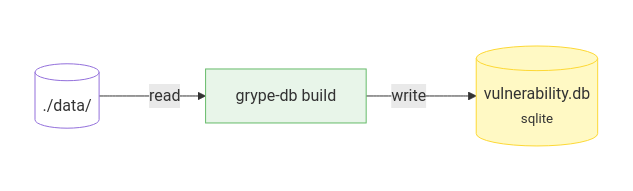
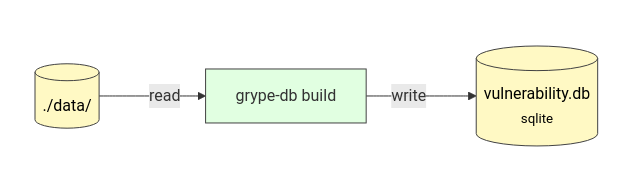
Before and after one commit to anchore-oss-update-bot/oss-docs: the fourth of 5 diagrams in content/docs/architecture/projects/vunnel.md, drawn with Mermaid. The commit also changed other lines of this file and 1 other file, not shown here.

Commit message:
improve vunnel and overview diagrams

````diff
--- a/content/docs/architecture/projects/vunnel.md
+++ b/content/docs/architecture/projects/vunnel.md
@@ -168,23 +179,25 @@
 ```mermaid
 flowchart LR
     subgraph data[ ]
         data_in[(./data/)]
     end
 
     build[grype-db build]
 
     subgraph db_out[ ]
         db[(vulnerability.db<br/><small>sqlite</small>)]
     end
 
     data_in -->|read| build
     build -->|write| db
 
-    style build fill:#e8f5e9,stroke:#66bb6a,stroke-width:1px
+    build:::Application
+    data_in:::Database@{ shape: db }
+    db:::Database@{ shape: db }
 
     style data fill:none,stroke:none
     style db_out fill:none,stroke:none
 
-    style data_in fill:#fff
-    style db fill:#fff9c4,stroke:#fdd835,stroke-width:1px
+    classDef Application fill:#e1ffe1,stroke:#424242,stroke-width:1px
+    classDef Database stroke-width:1px, stroke-dasharray:none, stroke:#424242, fill:#fff9c4, color:#000000
 ```
````
